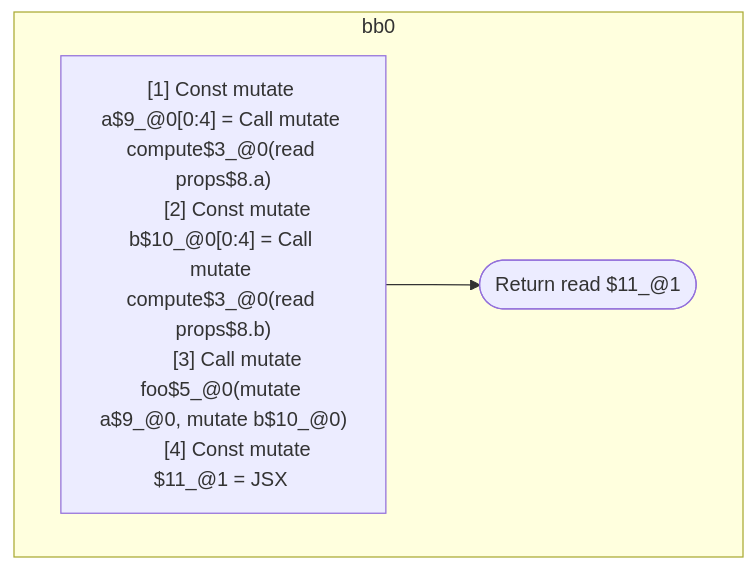
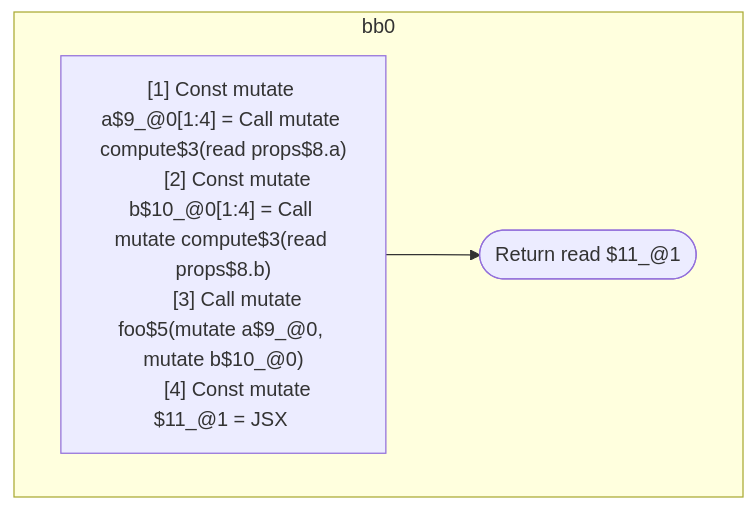
The first of 4 diagrams in compiler/forget/src/__tests__/fixtures/hir/interdependent.expect.md (wutsmog/private), drawn with Mermaid before and after one commit. The commit also changed other lines of this file and 100 other files, not shown here.

````diff
--- a/compiler/forget/src/__tests__/fixtures/hir/interdependent.expect.md
+++ b/compiler/forget/src/__tests__/fixtures/hir/interdependent.expect.md
@@ -43,16 +65,16 @@
 ```mermaid
 flowchart TB
   %% Basic Blocks
   subgraph bb0
     bb0_instrs["
-      [1] Const mutate a$9_@0[0:4] = Call mutate compute$3_@0(read props$8.a)
-      [2] Const mutate b$10_@0[0:4] = Call mutate compute$3_@0(read props$8.b)
-      [3] Call mutate foo$5_@0(mutate a$9_@0, mutate b$10_@0)
+      [1] Const mutate a$9_@0[1:4] = Call mutate compute$3(read props$8.a)
+      [2] Const mutate b$10_@0[1:4] = Call mutate compute$3(read props$8.b)
+      [3] Call mutate foo$5(mutate a$9_@0, mutate b$10_@0)
       [4] Const mutate $11_@1 = JSX <read Foo$6 a={freeze a$9_@0} b={freeze b$10_@0} ></read Foo$6>
     "]
     bb0_instrs --> bb0_terminal(["Return read $11_@1"])
   end
 
   %% Jumps
   %% empty
 ```
````
